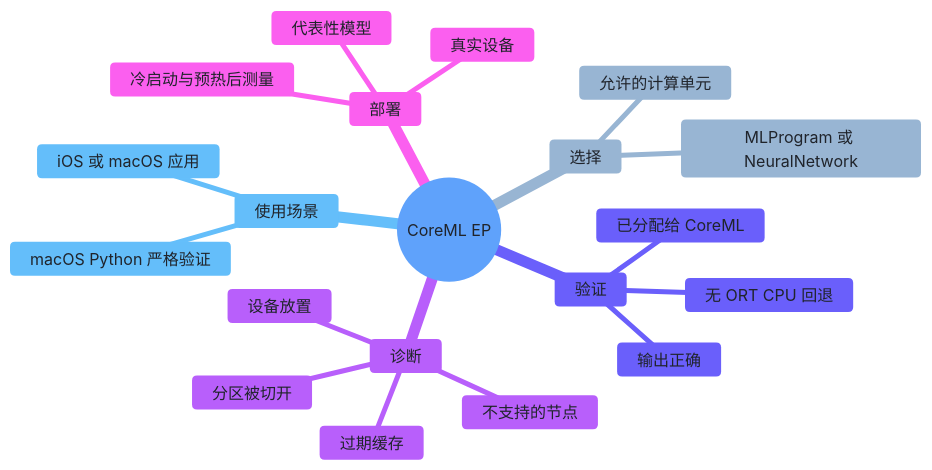
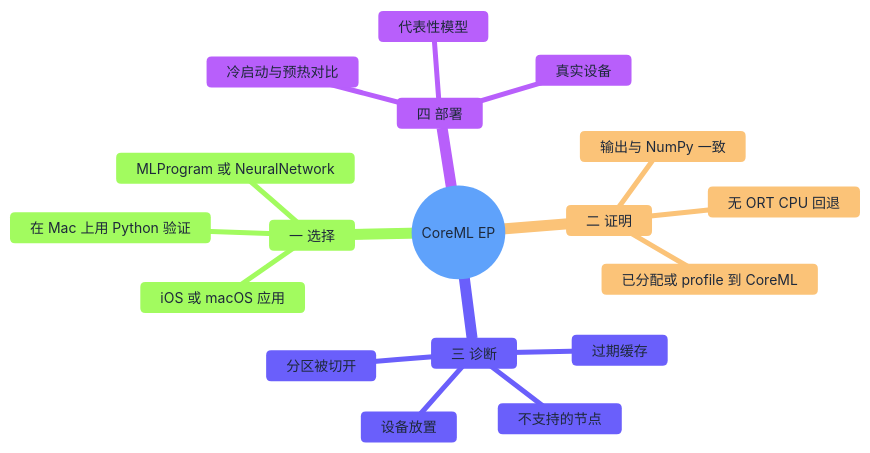
The second of 12 diagrams in Apple/README.zh-CN.md (DakeQQ/Tutorial-ONNX-Runtime-Execution-Providers), drawn with Mermaid before and after one commit. The commit also changed other lines of this file and 15 other files, not shown here.

````diff
--- a/Apple/README.zh-CN.md
+++ b/Apple/README.zh-CN.md
@@ -42,24 +61,22 @@
 ```mermaid
-%%{init: {"theme": "base", "themeVariables": {"primaryColor": "#dbeafe", "primaryTextColor": "#20242b", "primaryBorderColor": "#2563eb", "secondaryColor": "#e0f2fe", "secondaryTextColor": "#20242b", "tertiaryColor": "#f1f5f9", "tertiaryTextColor": "#20242b", "lineColor": "#64748b"}}}%%
+%%{init: {"theme":"base","themeVariables":{"fontSize":"14px","primaryColor":"#dbeafe","primaryTextColor":"#1e293b","primaryBorderColor":"#3b82f6","lineColor":"#94a3b8"},"themeCSS":".mindmap-node text{fill:#1e293b !important;} .mindmap-node span{color:#1e293b !important;}"}}%%
 mindmap
   root((CoreML EP))
-    使用场景
-      macOS Python 严格验证
+    一 选择
+      在 Mac 上用 Python 验证
       iOS 或 macOS 应用
-    选择
       MLProgram 或 NeuralNetwork
-      允许的计算单元
-    验证
+    二 证明
       无 ORT CPU 回退
-      输出正确
-      已分配给 CoreML
-    诊断
+      输出与 NumPy 一致
+      已分配或 profile 到 CoreML
+    三 诊断
       不支持的节点
       分区被切开
       过期缓存
       设备放置
-    部署
+    四 部署
       代表性模型
       真实设备
-      冷启动与预热后测量
+      冷启动与预热对比
 ```
````
